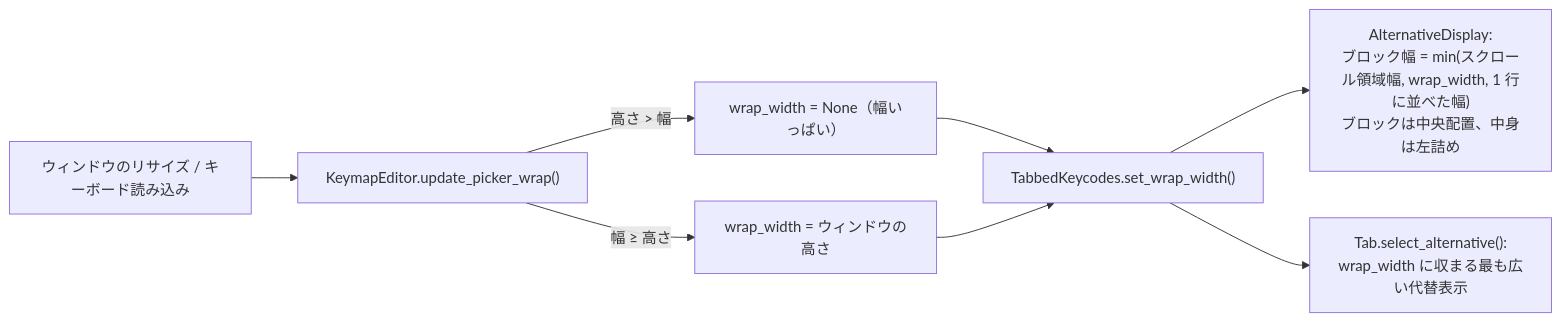
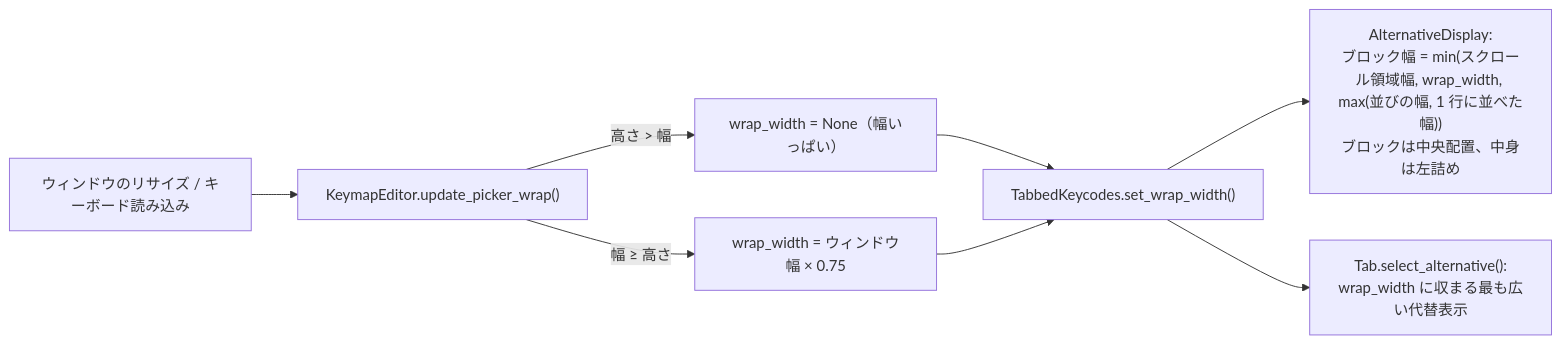
The fourth of 6 diagrams in docs/theme-flat-keys-spec.md (digitarhythm/KeRT-Keymapper), drawn with Mermaid before and after one commit. The commit also changed other lines of this file and 19 other files, not shown here.

````diff
--- a/docs/theme-flat-keys-spec.md
+++ b/docs/theme-flat-keys-spec.md
@@ -141,10 +142,10 @@
 ```mermaid
 flowchart LR
     R["ウィンドウのリサイズ / キーボード読み込み"] --> W["KeymapEditor.update_picker_wrap()"]
     W -->|"高さ > 幅"| P["wrap_width = None（幅いっぱい）"]
-    W -->|"幅 ≥ 高さ"| L["wrap_width = ウィンドウの高さ"]
+    W -->|"幅 ≥ 高さ"| L["wrap_width = ウィンドウ幅 × 0.75"]
     P --> T["TabbedKeycodes.set_wrap_width()"]
     L --> T
-    T --> A["AlternativeDisplay:<br/>ブロック幅 = min(スクロール領域幅, wrap_width, 1 行に並べた幅)<br/>ブロックは中央配置、中身は左詰め"]
+    T --> A["AlternativeDisplay:<br/>ブロック幅 = min(スクロール領域幅, wrap_width, max(並びの幅, 1 行に並べた幅))<br/>ブロックは中央配置、中身は左詰め"]
     T --> S["Tab.select_alternative():<br/>wrap_width に収まる最も広い代替表示"]
 ```
````
